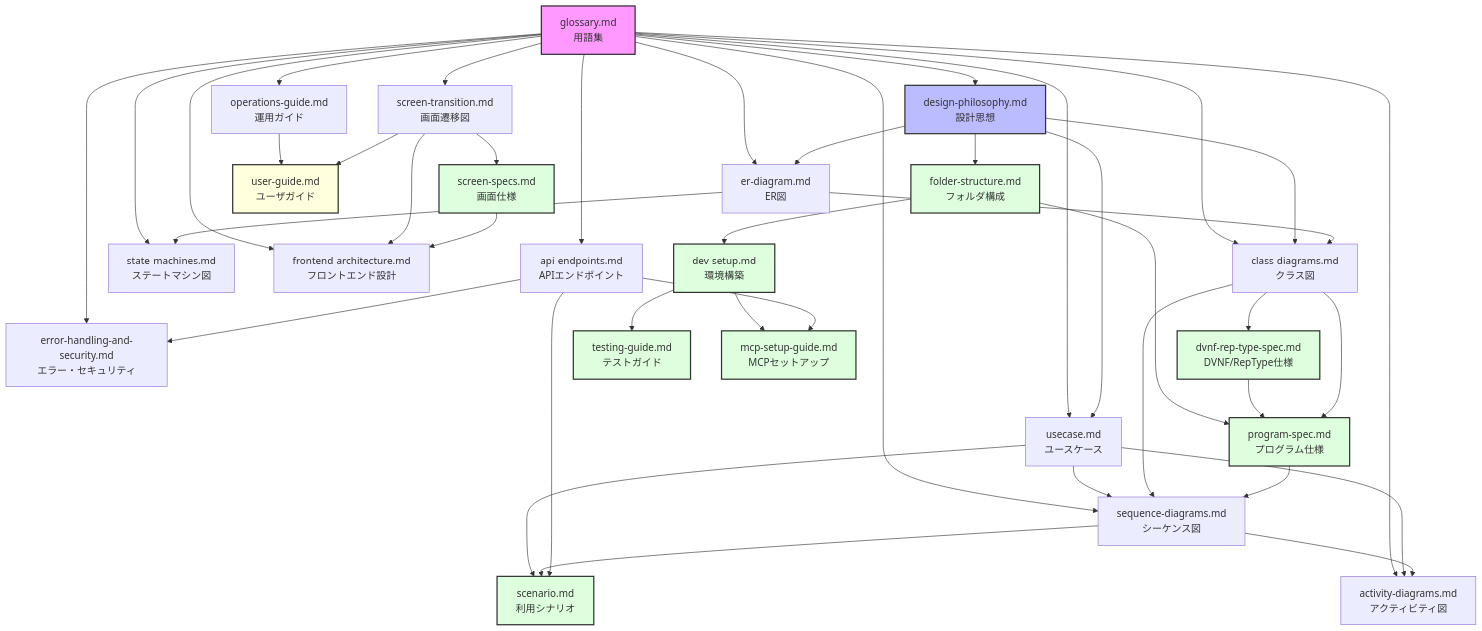
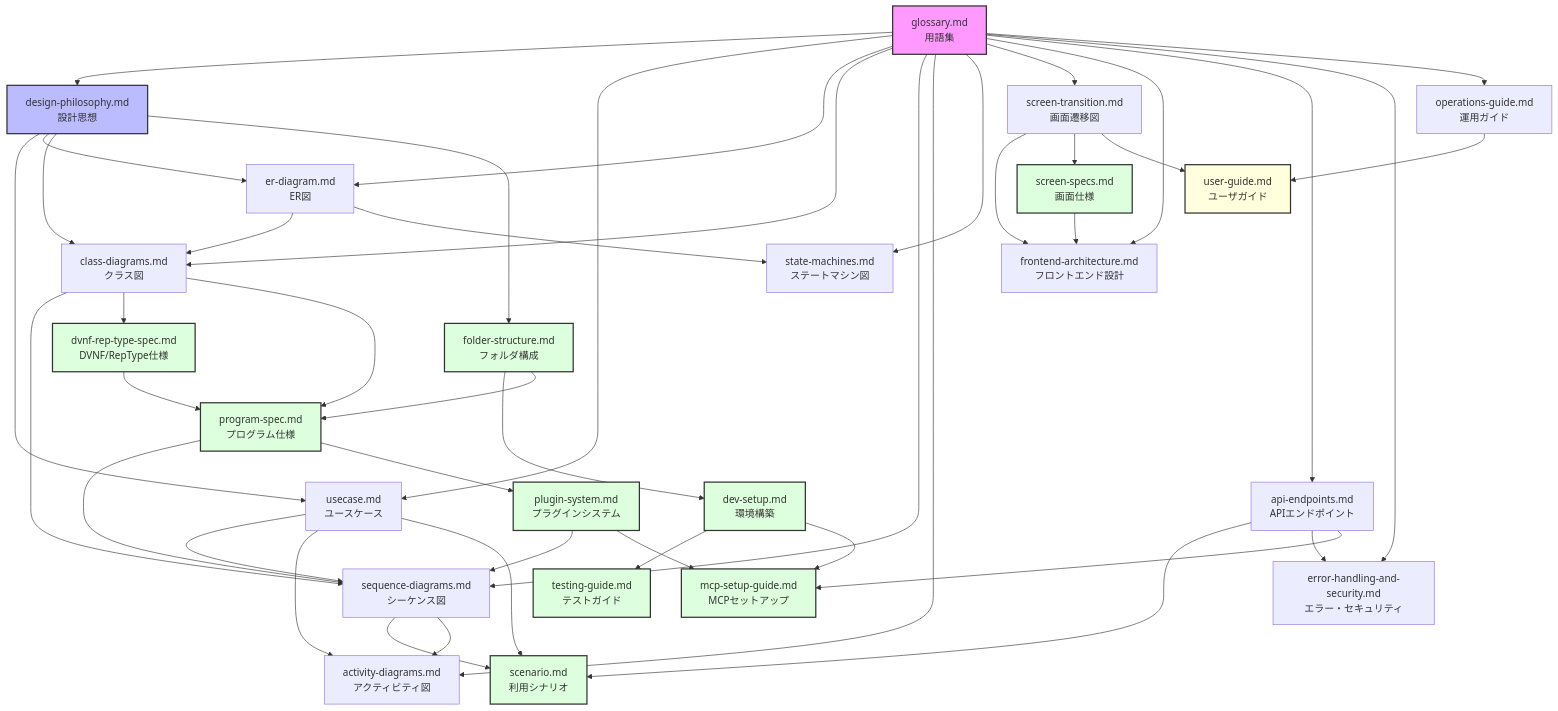
One commit to mt3hr/gkill changed the diagram in documents/reverse/README.md. Above: the diagram before and after it, drawn with Mermaid. The commit also changed other lines of this file and 25 other files, not shown here.

````diff
--- a/documents/reverse/README.md
+++ b/documents/reverse/README.md
@@ -79,62 +79,67 @@
 ```mermaid
 graph TD
     A[glossary.md<br/>用語集] --> B[design-philosophy.md<br/>設計思想]
     A --> C[usecase.md<br/>ユースケース]
     A --> D[er-diagram.md<br/>ER図]
     A --> E[class-diagrams.md<br/>クラス図]
     A --> F[sequence-diagrams.md<br/>シーケンス図]
     A --> G[activity-diagrams.md<br/>アクティビティ図]
     A --> H[state-machines.md<br/>ステートマシン図]
     A --> I[screen-transition.md<br/>画面遷移図]
     A --> J[frontend-architecture.md<br/>フロントエンド設計]
     A --> K[api-endpoints.md<br/>APIエンドポイント]
     A --> L[error-handling-and-security.md<br/>エラー・セキュリティ]
     A --> M[operations-guide.md<br/>運用ガイド]
 
     B --> C
     B --> D
     B --> E
     B --> N[folder-structure.md<br/>フォルダ構成]
 
     C --> F
     C --> G
     C --> V[scenario.md<br/>利用シナリオ]
     F --> V
     K --> V
 
     D --> E
     E --> F
     E --> O[dvnf-rep-type-spec.md<br/>DVNF/RepType仕様]
     F --> G
 
     D --> H
 
     I --> J
     I --> P[screen-specs.md<br/>画面仕様]
     P --> J
     K --> L
 
     N --> Q[dev-setup.md<br/>環境構築]
     Q --> T[testing-guide.md<br/>テストガイド]
     Q --> U[mcp-setup-guide.md<br/>MCPセットアップ]
     K --> U
     N --> R[program-spec.md<br/>プログラム仕様]
     O --> R
     E --> R
     R --> F
 
+    R --> W[plugin-system.md<br/>プラグインシステム]
+    W --> F
+    W --> U
+
     M --> S[user-guide.md<br/>ユーザガイド]
     I --> S
 
     style A fill:#f9f,stroke:#333,stroke-width:2px
     style B fill:#bbf,stroke:#333,stroke-width:2px
     style N fill:#dfd,stroke:#333,stroke-width:2px
     style O fill:#dfd,stroke:#333,stroke-width:2px
     style P fill:#dfd,stroke:#333,stroke-width:2px
     style Q fill:#dfd,stroke:#333,stroke-width:2px
     style R fill:#dfd,stroke:#333,stroke-width:2px
     style T fill:#dfd,stroke:#333,stroke-width:2px
     style U fill:#dfd,stroke:#333,stroke-width:2px
     style V fill:#dfd,stroke:#333,stroke-width:2px
+    style W fill:#dfd,stroke:#333,stroke-width:2px
     style S fill:#ffd,stroke:#333,stroke-width:2px
 ```
````
